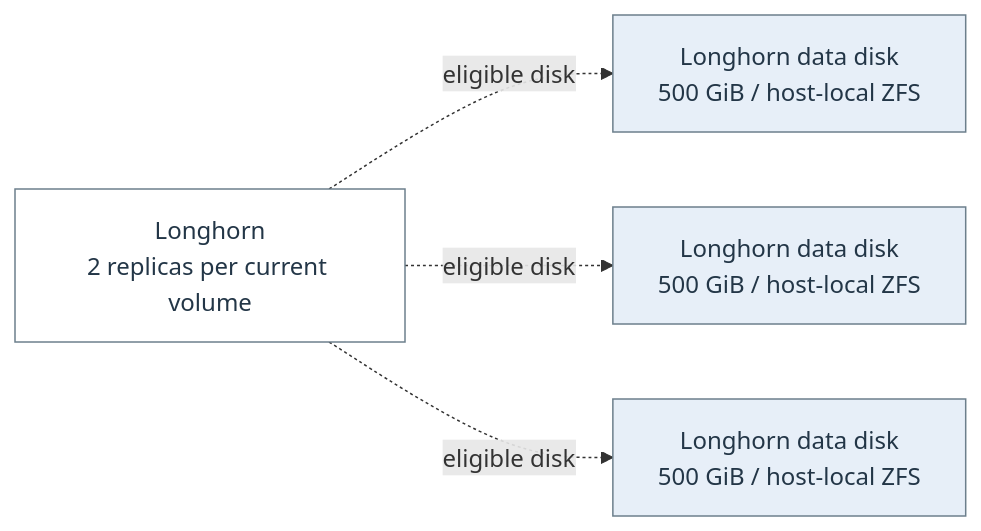
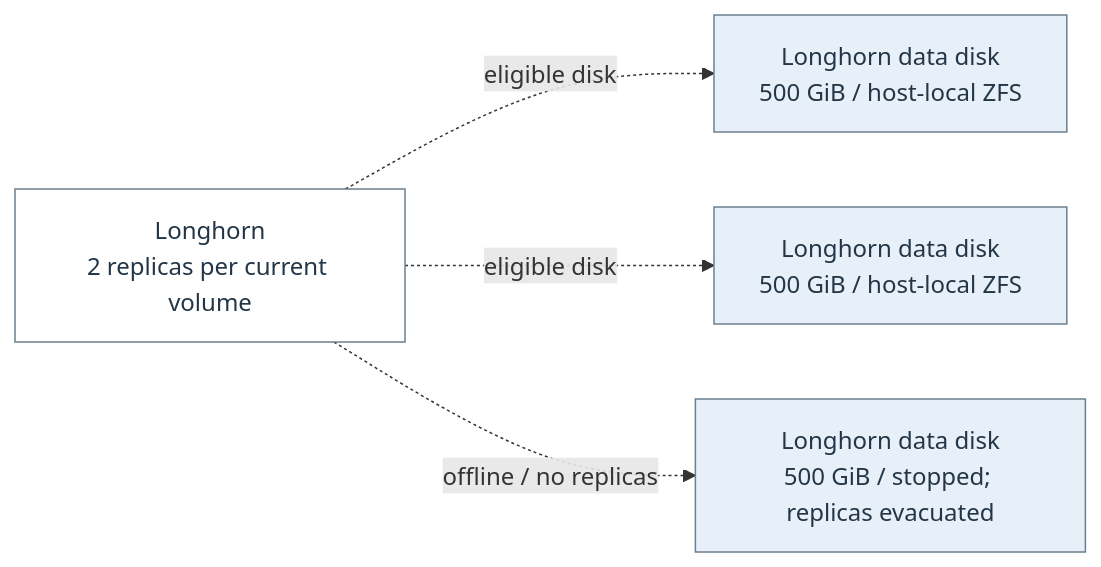
One commit to Harsh-2002/Homelab changed diagram 22 of 22 in docs/architecture/homelab-mermaid.md. Above: the diagram before and after it, drawn with Mermaid. The commit also changed other lines of this file and 49 other files, not shown here.

````diff
--- a/docs/architecture/homelab-mermaid.md
+++ b/docs/architecture/homelab-mermaid.md
@@ -620,14 +620,14 @@
 ```mermaid
 flowchart LR
   n_flow_19_0["Longhorn<br/>2 replicas per current volume"]
   n_flow_19_1["Longhorn data disk<br/>500 GiB / host-local ZFS"]
   n_flow_19_2["Longhorn data disk<br/>500 GiB / host-local ZFS"]
-  n_flow_19_3["Longhorn data disk<br/>500 GiB / host-local ZFS"]
+  n_flow_19_3["Longhorn data disk<br/>500 GiB / stopped; replicas evacuated"]
   n_flow_19_0 -.->|"eligible disk"| n_flow_19_1
   n_flow_19_0 -.->|"eligible disk"| n_flow_19_2
-  n_flow_19_0 -.->|"eligible disk"| n_flow_19_3
+  n_flow_19_0 -.->|"offline / no replicas"| n_flow_19_3
   classDef c_flow_19_0 fill:#ffffff,stroke:#6c7f8c,color:#233647;
   class n_flow_19_0 c_flow_19_0;
   classDef c_flow_19_1 fill:#e7eff8,stroke:#6c7f8c,color:#233647;
   class n_flow_19_1,n_flow_19_2,n_flow_19_3 c_flow_19_1;
 ```
````
